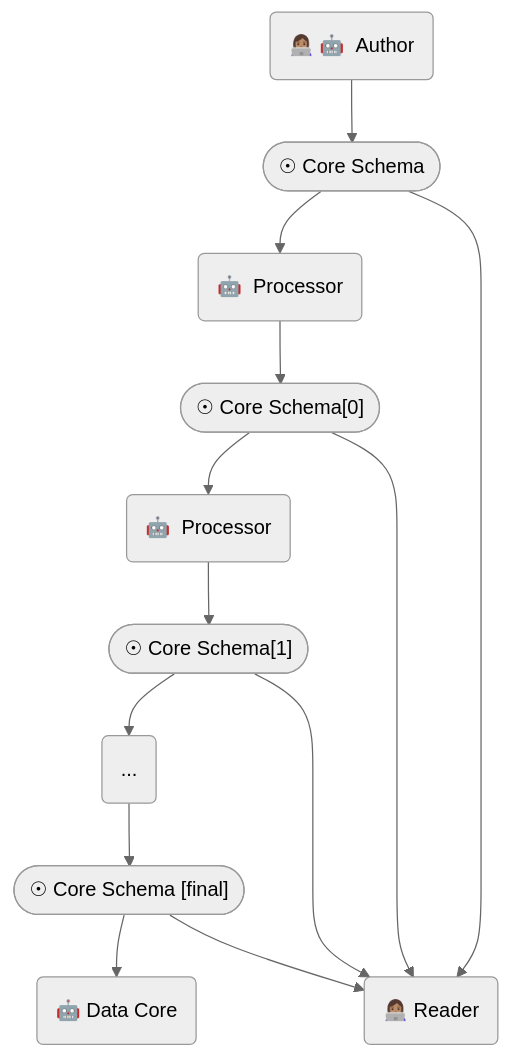
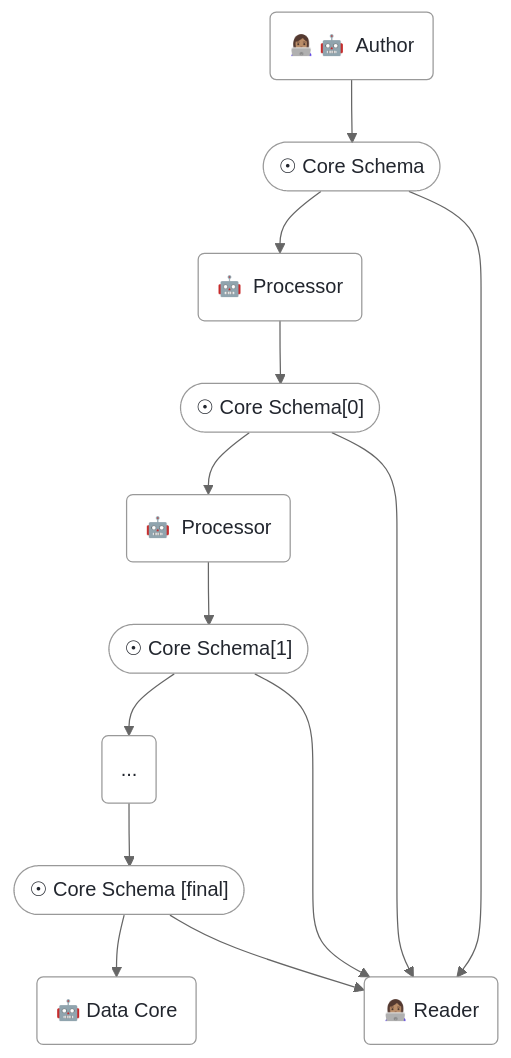
Before and after one commit to apollographql/specs-core: the first of 2 diagrams in core.spec.md, drawn with Mermaid (neutral theme).

Commit message:
Remove black background from actors diagram

````diff
--- a/core.spec.md
+++ b/core.spec.md
@@ -60,15 +60,16 @@
 ```mermaid diagram -- Actors who may be interested in the core schemas
 graph TB
-  author("👩🏽‍💻 🤖  &nbsp;Author")-->schema(["☉ Core Schema"])
-  schema-->proc1("🤖 &nbsp;Processor")
-  proc1-->output1(["☉ Core Schema[0]"])
-  output1-->proc2("🤖 &nbsp;Processor")
-  proc2-->output2(["☉ Core Schema[1]"])
-  output2-->etc("...")
-  etc-->final(["☉ Core Schema [final]"])
-  final-->core("🤖 Data Core")
-  schema-->reader("👩🏽‍💻  Reader")
+  classDef bg fill:none,color:#22262E;
+  author("👩🏽‍💻 🤖  &nbsp;Author"):::bg-->schema(["☉ Core Schema"]):::bg
+  schema-->proc1("🤖 &nbsp;Processor"):::bg
+  proc1-->output1(["☉ Core Schema[0]"]):::bg
+  output1-->proc2("🤖 &nbsp;Processor"):::bg
+  proc2-->output2(["☉ Core Schema[1]"]):::bg
+  output2-->etc("..."):::bg
+  etc-->final(["☉ Core Schema [final]"]):::bg
+  final-->core("🤖 Data Core"):::bg
+  schema-->reader("👩🏽‍💻  Reader"):::bg
   output1-->reader
   output2-->reader
   final-->reader
 ```
````
